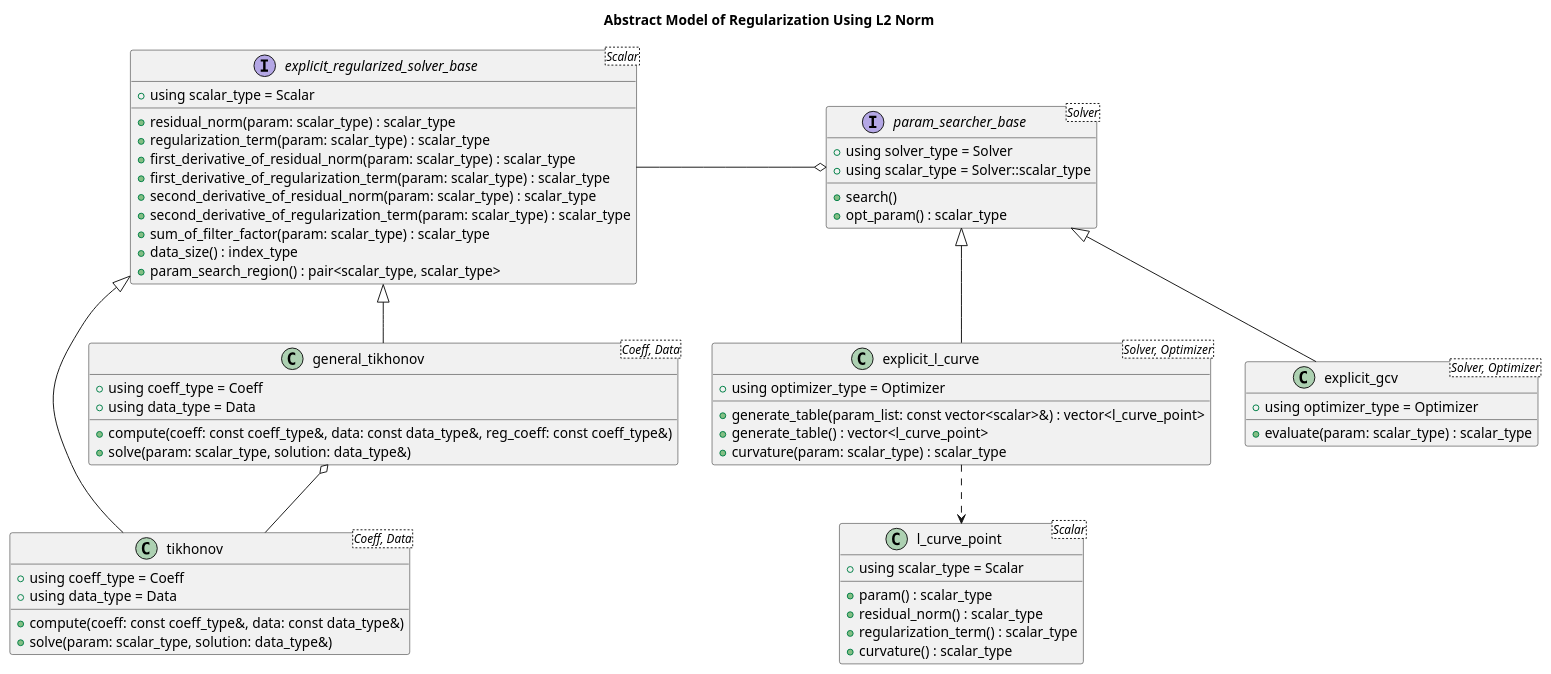
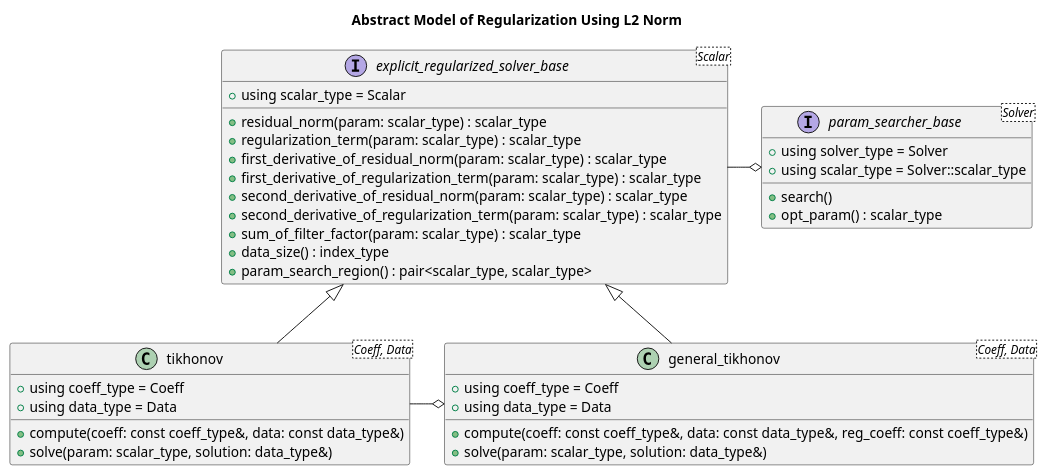
Before and after one commit to MusicScience37/numerical-collection-cpp: the diagram in doc/sphinx/src/basic_design/regularization.rst, drawn with PlantUML.

Commit message:
doc: remove unnecessary classes in model

```diff
--- a/doc/sphinx/src/basic_design/regularization.rst
+++ b/doc/sphinx/src/basic_design/regularization.rst
@@ -7,64 +7,41 @@
 .. uml::
 
     title Abstract Model of Regularization Using L2 Norm
 
     interface explicit_regularized_solver_base<Scalar> {
         + using scalar_type = Scalar
         + residual_norm(param: scalar_type) : scalar_type
         + regularization_term(param: scalar_type) : scalar_type
         + first_derivative_of_residual_norm(param: scalar_type) : scalar_type
         + first_derivative_of_regularization_term(param: scalar_type) : scalar_type
         + second_derivative_of_residual_norm(param: scalar_type) : scalar_type
         + second_derivative_of_regularization_term(param: scalar_type) : scalar_type
         + sum_of_filter_factor(param: scalar_type) : scalar_type
         + data_size() : index_type
         + param_search_region() : pair<scalar_type, scalar_type>
     }
 
     class tikhonov<Coeff, Data> {
         + using coeff_type = Coeff
         + using data_type = Data
         + compute(coeff: const coeff_type&, data: const data_type&)
         + solve(param: scalar_type, solution: data_type&)
     }
     explicit_regularized_solver_base <|-- tikhonov
 
     class general_tikhonov<Coeff, Data> {
         + using coeff_type = Coeff
         + using data_type = Data
         + compute(coeff: const coeff_type&, data: const data_type&, reg_coeff: const coeff_type&)
         + solve(param: scalar_type, solution: data_type&)
     }
     explicit_regularized_solver_base <|-- general_tikhonov
-    general_tikhonov o-- tikhonov
+    general_tikhonov o-left- tikhonov
 
     interface param_searcher_base<Solver> {
         + using solver_type = Solver
         + using scalar_type = Solver::scalar_type
         + search()
         + opt_param() : scalar_type
     }
     param_searcher_base o-left- explicit_regularized_solver_base
-
-    class l_curve_point<Scalar> {
-        + using scalar_type = Scalar
-        + param() : scalar_type
-        + residual_norm() : scalar_type
-        + regularization_term() : scalar_type
-        + curvature() : scalar_type
-    }
-
-    class explicit_l_curve<Solver, Optimizer> {
-        + using optimizer_type = Optimizer
-        + generate_table(param_list: const vector<scalar>&) : vector<l_curve_point>
-        + generate_table() : vector<l_curve_point>
-        + curvature(param: scalar_type) : scalar_type
-    }
-    param_searcher_base <|-- explicit_l_curve
-    explicit_l_curve ..> l_curve_point
-
-    class explicit_gcv<Solver, Optimizer> {
-        + using optimizer_type = Optimizer
-        + evaluate(param: scalar_type) : scalar_type
-    }
-    param_searcher_base <|-- explicit_gcv
```
